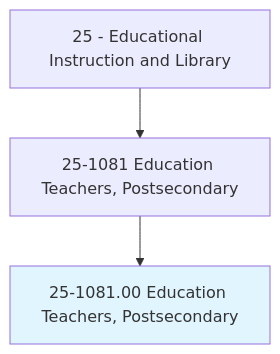
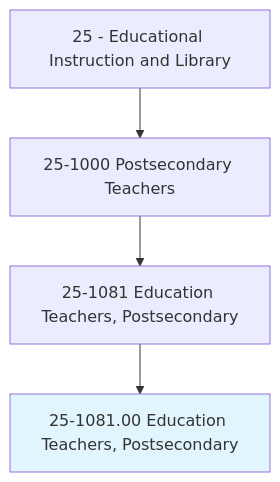
The first of 4 diagrams in occupations/Education/EducationTeachersPostsecondary.mdx (kziemski/business.org.ai), drawn with Mermaid before and after one commit. The commit also changed other lines of this file and 938 other files, not shown here.

````diff
--- a/occupations/Education/EducationTeachersPostsecondary.mdx
+++ b/occupations/Education/EducationTeachersPostsecondary.mdx
@@ -19,6 +23,7 @@
 ```mermaid
 graph TD
-    Cat25["25 - Educational Instruction and Library"] --> Group251081["25-1081 Education Teachers, Postsecondary"]
+    Cat25["25 - Educational Instruction and Library"] --> Group251["25-1000 Postsecondary Teachers"]
+    Group251 --> Group251081["25-1081 Education Teachers, Postsecondary"]
     Group251081 --> Current["25-1081.00 Education Teachers, Postsecondary"]
     style Current fill:#e1f5fe
 ```
````
